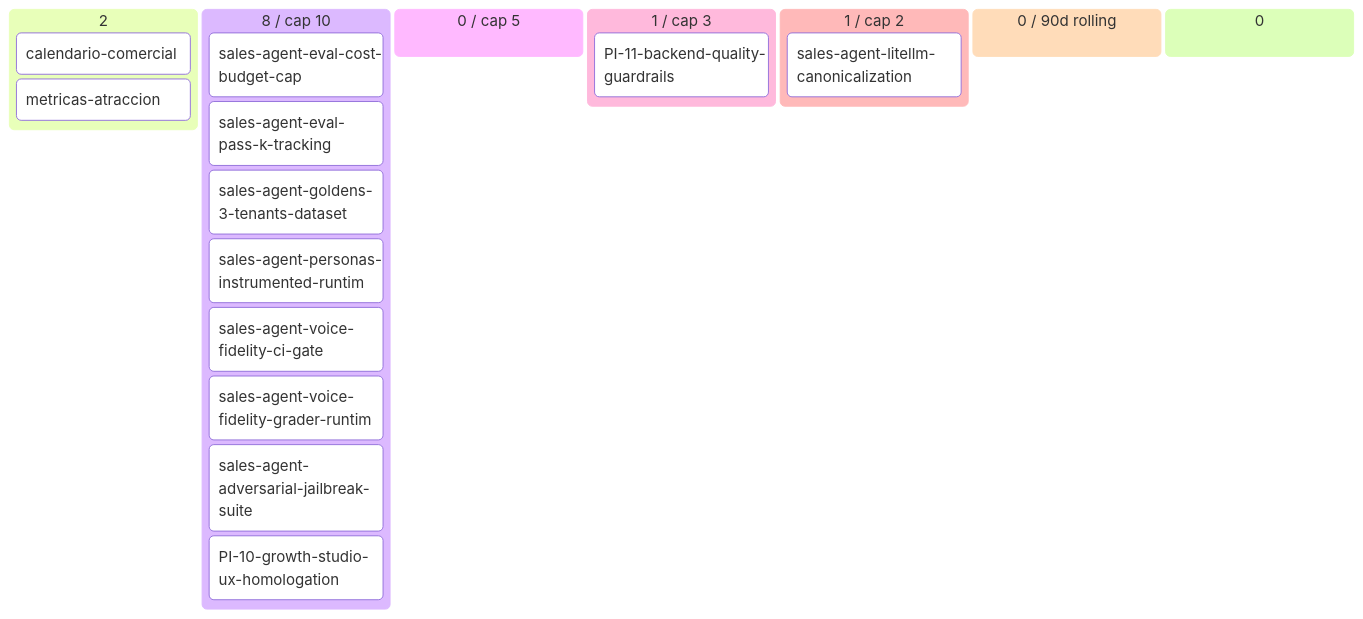
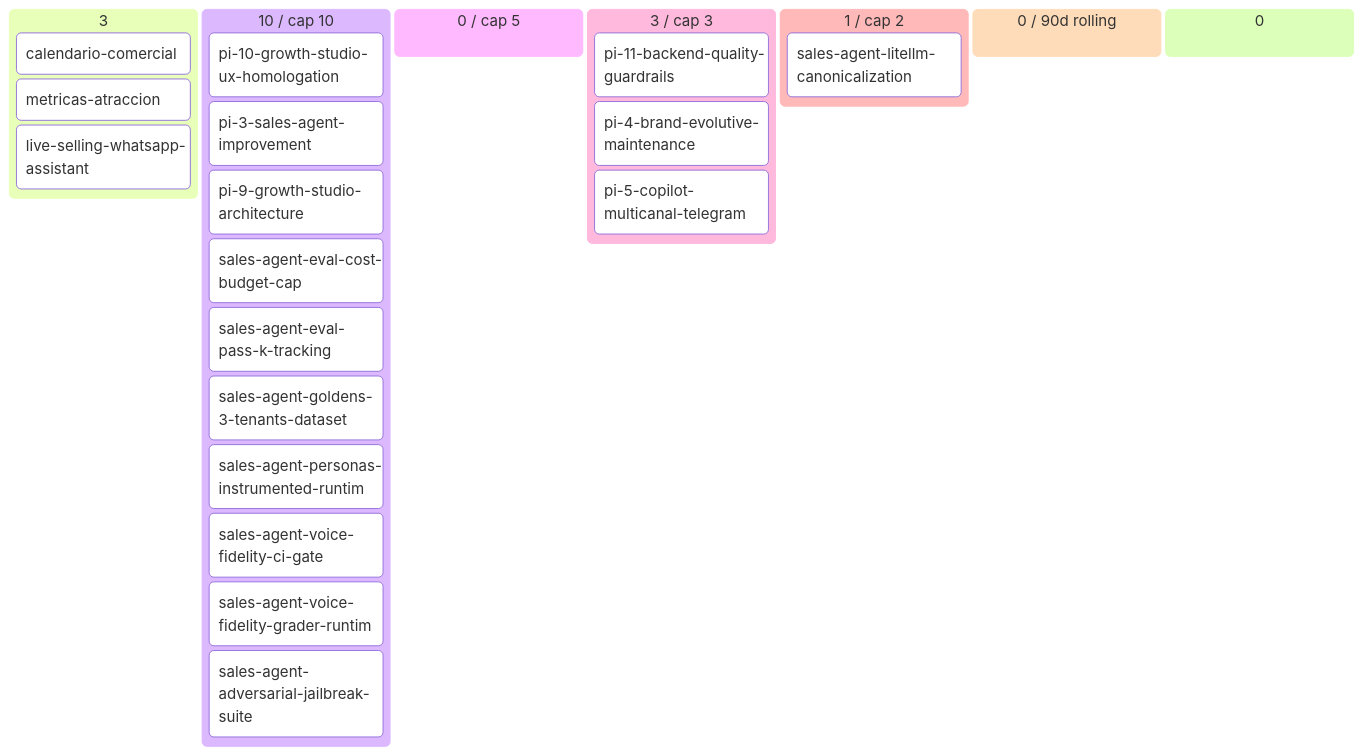
Before and after one commit to alpacapurpura/ap_sales_agent: the diagram in docs/product/BACKLOG.md, drawn with Mermaid. The commit also changed other lines of this file and 535 other files, not shown here.

````diff
--- a/docs/product/BACKLOG.md
+++ b/docs/product/BACKLOG.md
@@ -37,22 +41,27 @@
 ```mermaid
 kanban
-  💡 Ideas (2)
+  💡 Ideas (3)
     calendario-comercial[calendario-comercial]
     metricas-atraccion[metricas-atraccion]
-  🔍 Validated (8 / cap 10)
+    live-selling-whatsapp-assistan[live-selling-whatsapp-assistant]
+  🔍 Validated (10 / cap 10)
+    pi-10-growth-studio-ux-homolog[pi-10-growth-studio-ux-homologation]
+    pi-3-sales-agent-improvement[pi-3-sales-agent-improvement]
+    pi-9-growth-studio-architectur[pi-9-growth-studio-architecture]
     sales-agent-eval-cost-budget-c[sales-agent-eval-cost-budget-cap]
     sales-agent-eval-pass-k-tracki[sales-agent-eval-pass-k-tracking]
     sales-agent-goldens-3-tenants-[sales-agent-goldens-3-tenants-dataset]
     sales-agent-personas-instrumen[sales-agent-personas-instrumented-runtim]
     sales-agent-voice-fidelity-ci-[sales-agent-voice-fidelity-ci-gate]
     sales-agent-voice-fidelity-gra[sales-agent-voice-fidelity-grader-runtim]
     sales-agent-adversarial-jailbr[sales-agent-adversarial-jailbreak-suite]
-    PI-10-growth-studio-ux-homolog[PI-10-growth-studio-ux-homologation]
   📦 Ready (0 / cap 5)
-  🔨 Building (1 / cap 3)
-    PI-11-backend-quality-guardrai[PI-11-backend-quality-guardrails]
+  🔨 Building (3 / cap 3)
+    pi-11-backend-quality-guardrai[pi-11-backend-quality-guardrails]
+    pi-4-brand-evolutive-maintenan[pi-4-brand-evolutive-maintenance]
+    pi-5-copilot-multicanal-telegr[pi-5-copilot-multicanal-telegram]
   🔍 Review (1 / cap 2)
     sales-agent-litellm-canonicali[sales-agent-litellm-canonicalization]
   ✅ Done (0 / 90d rolling)
   🅿 Parked (0)
 ```
````
